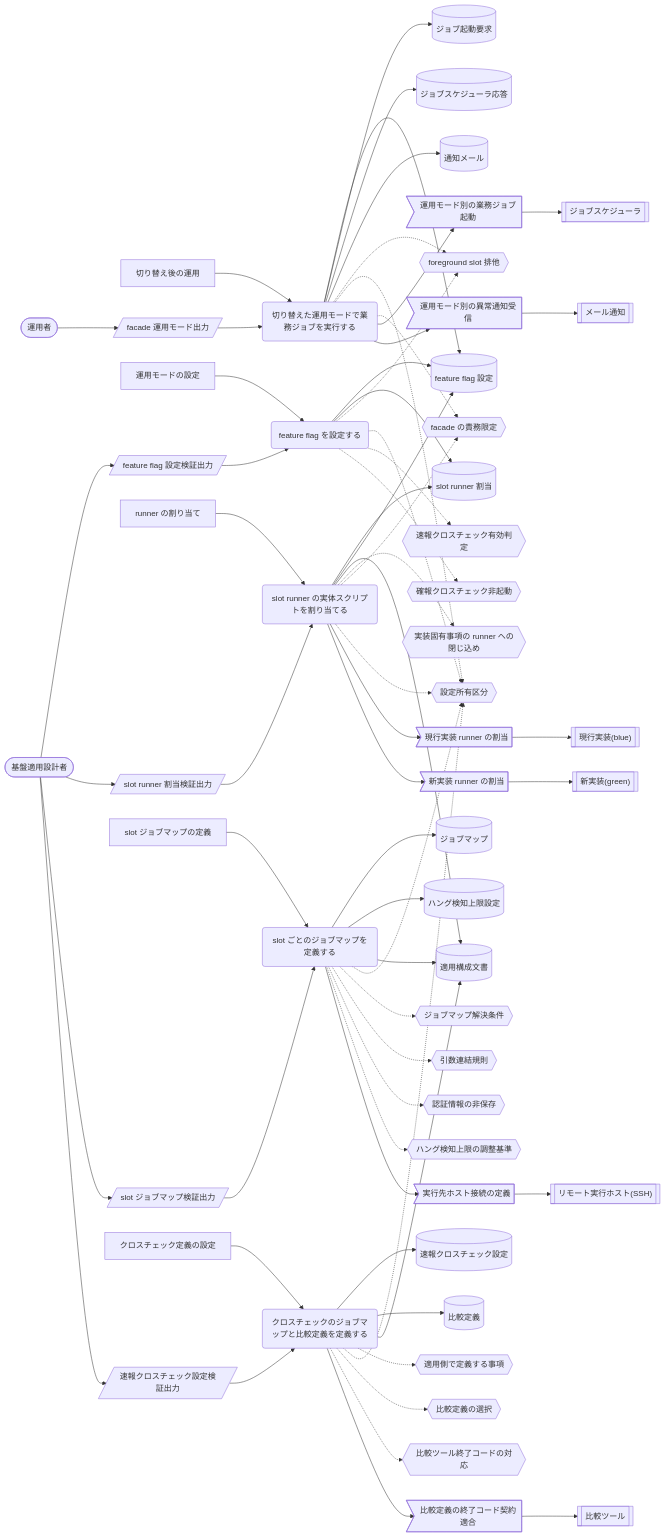
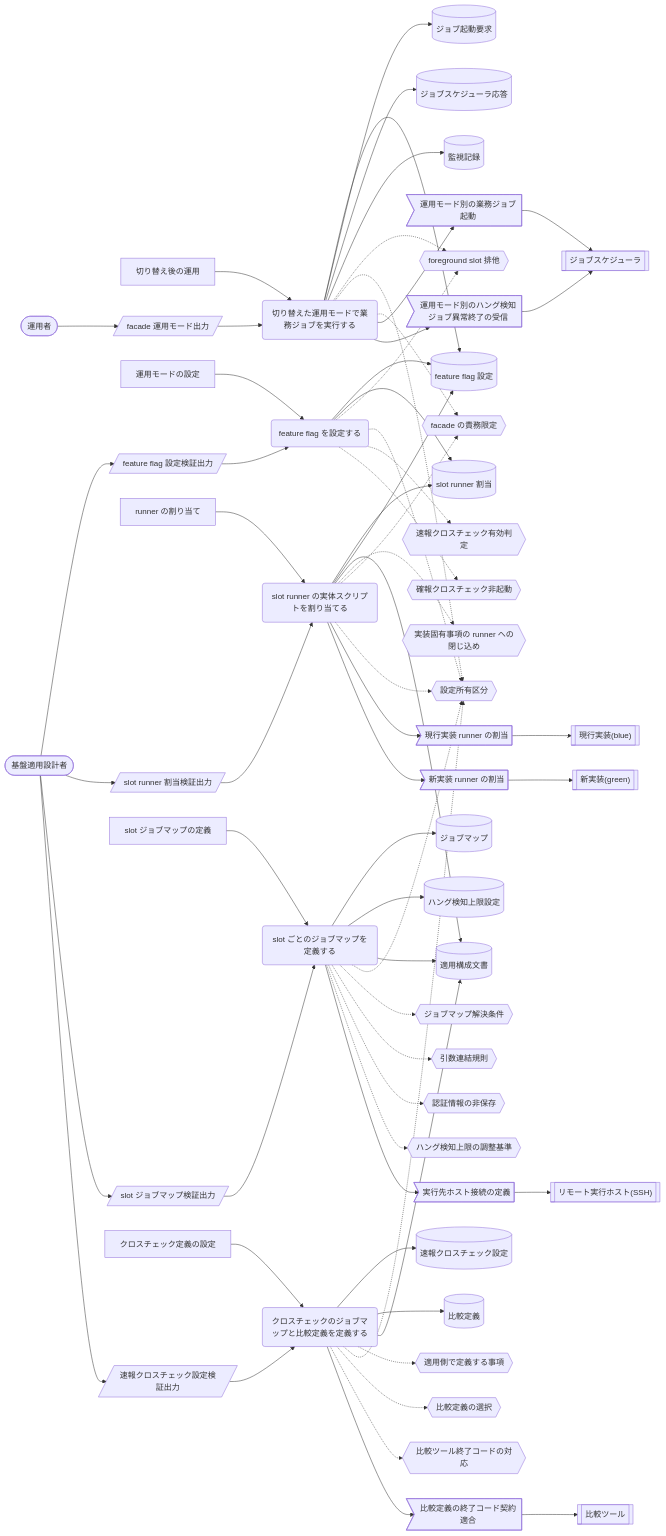
Before and after one commit to suwa-sh/relay-gate: the seventh of 8 diagrams in docs/rdra/latest/views/04_UC複合図.md, drawn with Mermaid. The commit also changed other lines of this file and 2131 other files, not shown here.

````diff
--- a/docs/rdra/latest/views/04_UC複合図.md
+++ b/docs/rdra/latest/views/04_UC複合図.md
@@ -697,7 +695,7 @@
   IF1[("feature flag 設定")]
   IF2[("ジョブ起動要求")]
   IF3[("ジョブスケジューラ応答")]
-  IF4[("通知メール")]
+  IF4[("監視記録")]
   CD1{{"foreground slot 排他"}}
   CD2{{"設定所有区分"}}
   CD3{{"facade の責務限定"}}
@@ -705,8 +703,7 @@
   AC1(["運用者"])
   EV1>"運用モード別の業務ジョブ起動"]
   EX1[["ジョブスケジューラ"]]
-  EV2>"運用モード別の異常通知受信"]
-  EX2[["メール通知"]]
+  EV2>"運用モード別のハング検知ジョブ異常終了の受信"]
   UC2("feature flag を設定する")
   AT2["運用モードの設定"]
   IF5[("slot runner 割当")]
@@ -720,9 +717,9 @@
   CD6{{"実装固有事項の runner への閉じ込め"}}
   SC3[/"slot runner 割当検証出力"/]
   EV3>"現行実装 runner の割当"]
-  EX3[["現行実装(blue)"]]
+  EX2[["現行実装(blue)"]]
   EV4>"新実装 runner の割当"]
-  EX4[["新実装(green)"]]
+  EX3[["新実装(green)"]]
   UC4("slot ごとのジョブマップを定義する")
   AT4["slot ジョブマップの定義"]
   IF7[("ジョブマップ")]
@@ -733,7 +730,7 @@
   CD10{{"ハング検知上限の調整基準"}}
   SC4[/"slot ジョブマップ検証出力"/]
   EV5>"実行先ホスト接続の定義"]
-  EX5[["リモート実行ホスト(SSH)"]]
+  EX4[["リモート実行ホスト(SSH)"]]
   UC5("クロスチェックのジョブマップと比較定義を定義する")
   AT5["クロスチェック定義の設定"]
   IF9[("速報クロスチェック設定")]
@@ -743,7 +740,7 @@
   CD13{{"比較ツール終了コードの対応"}}
   SC5[/"速報クロスチェック設定検証出力"/]
   EV6>"比較定義の終了コード契約適合"]
-  EX6[["比較ツール"]]
+  EX5[["比較ツール"]]
   AT1 --> UC1
   UC1 --> IF1
   UC1 --> IF2
@@ -757,7 +754,7 @@
   UC1 --> EV1
   EV1 --> EX1
   UC1 --> EV2
-  EV2 --> EX2
+  EV2 --> EX1
   AT2 --> UC2
   UC2 --> IF1
   UC2 --> IF5
@@ -777,9 +774,9 @@
   AC2 --> SC3
   SC3 --> UC3
   UC3 --> EV3
-  EV3 --> EX3
+  EV3 --> EX2
   UC3 --> EV4
-  EV4 --> EX4
+  EV4 --> EX3
   AT4 --> UC4
   UC4 --> IF7
   UC4 --> IF8
@@ -792,7 +789,7 @@
   AC2 --> SC4
   SC4 --> UC4
   UC4 --> EV5
-  EV5 --> EX5
+  EV5 --> EX4
   AT5 --> UC5
   UC5 --> IF9
   UC5 --> IF10
@@ -804,5 +801,5 @@
   AC2 --> SC5
   SC5 --> UC5
   UC5 --> EV6
-  EV6 --> EX6
+  EV6 --> EX5
 ```
````
